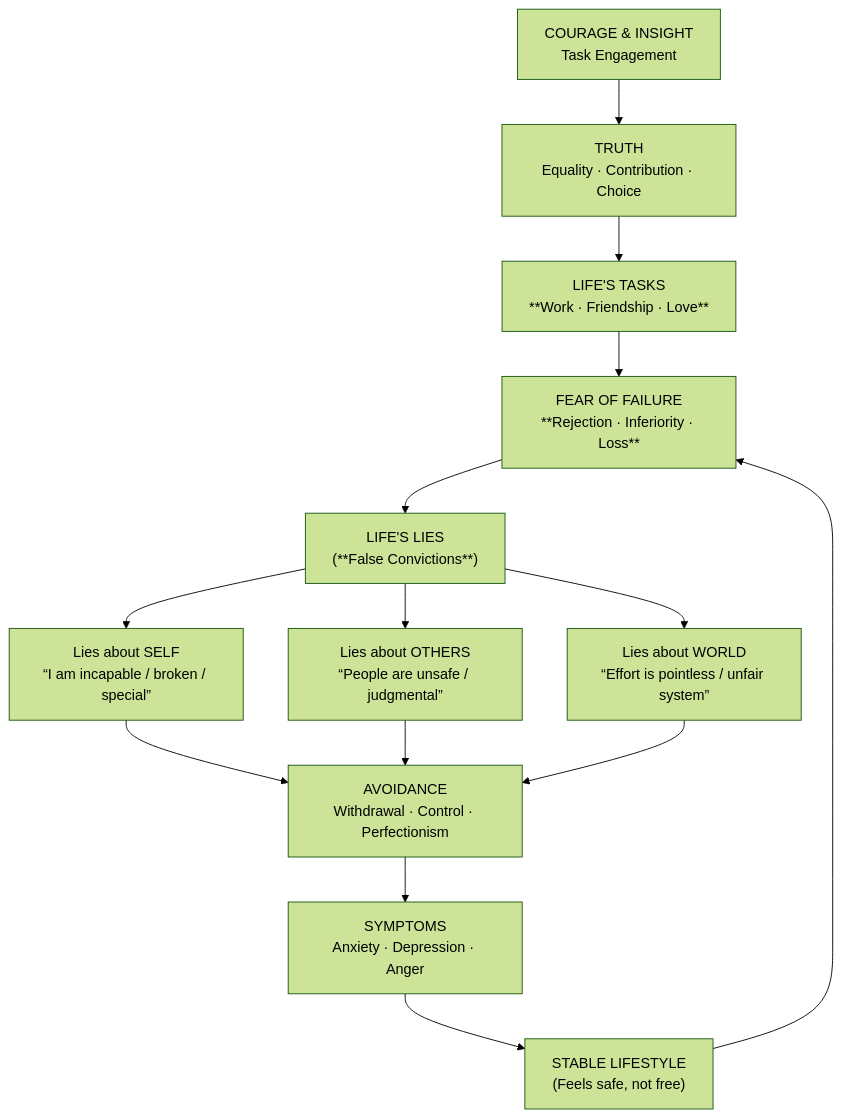
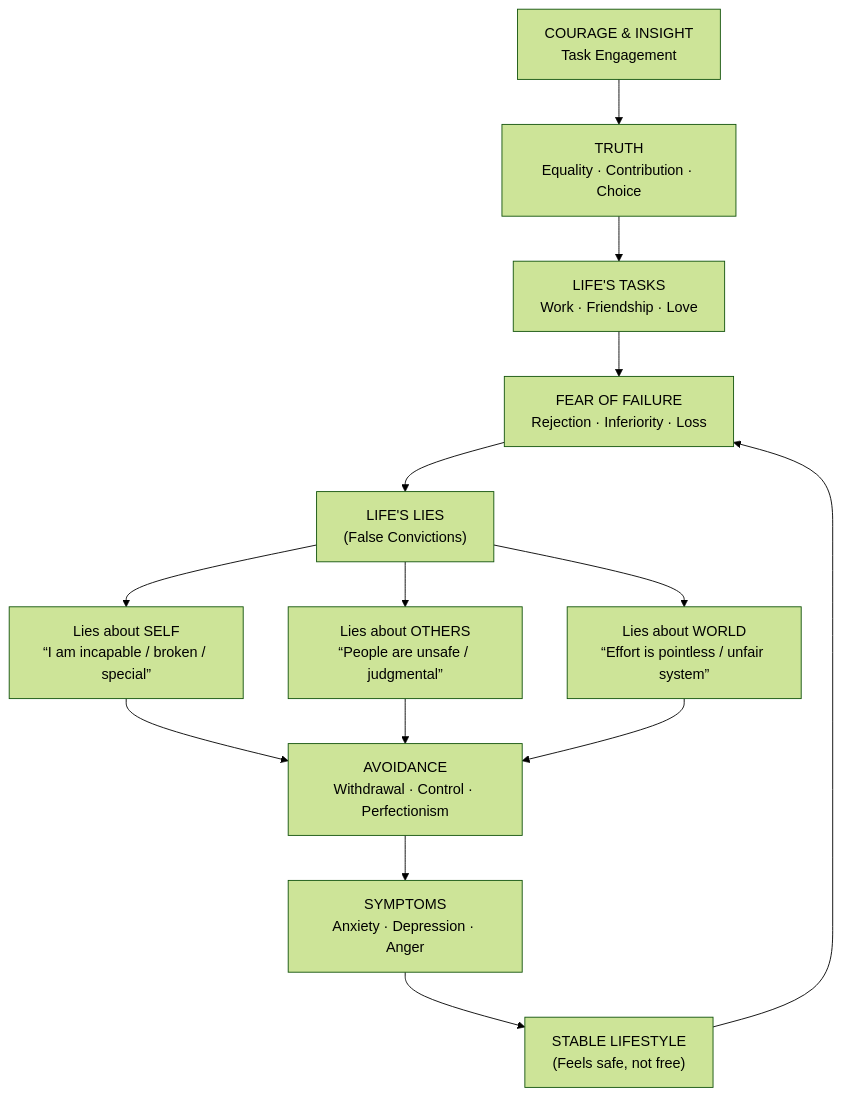
One commit to samratkar/samratkar.github.io changed the second of 3 diagrams in _posts/books/psych/courage-2be-disliked/2025-01-03-courage-2be-disliked.md. Above: the diagram before and after it, drawn with Mermaid (forest theme). The commit also changed other lines of this file and 3 other files, not shown here.

```diff
--- a/_posts/books/psych/courage-2be-disliked/2025-01-03-courage-2be-disliked.md
+++ b/_posts/books/psych/courage-2be-disliked/2025-01-03-courage-2be-disliked.md
@@ -330,36 +330,36 @@
 <div class="mermaid">
 flowchart TB
-    A["LIFE'S TASKS<br/>**Work · Friendship · Love**"]
+    A["LIFE'S TASKS<br/>Work · Friendship · Love"]
 
-    B["FEAR OF FAILURE<br/>**Rejection · Inferiority · Loss**"]
-    C["LIFE'S LIES<br/>(**False Convictions**)"]
+    B["FEAR OF FAILURE<br/>Rejection · Inferiority · Loss"]
+    C["LIFE'S LIES<br/>(False Convictions)"]
 
     D1["Lies about SELF<br/>“I am incapable / broken / special”"]
     D2["Lies about OTHERS<br/>“People are unsafe / judgmental”"]
     D3["Lies about WORLD<br/>“Effort is pointless / unfair system”"]
 
     E["AVOIDANCE<br/>Withdrawal · Control · Perfectionism"]
     F["SYMPTOMS<br/>Anxiety · Depression · Anger"]
     G["STABLE LIFESTYLE<br/>(Feels safe, not free)"]
 
     H["COURAGE & INSIGHT<br/>Task Engagement"]
     I["TRUTH<br/>Equality · Contribution · Choice"]
 
     A --> B
     B --> C
 
     C --> D1
     C --> D2
     C --> D3
 
     D1 --> E
     D2 --> E
     D3 --> E
 
     E --> F
     F --> G
     G --> B
 
     H --> I
     I --> A
 </div>
```
